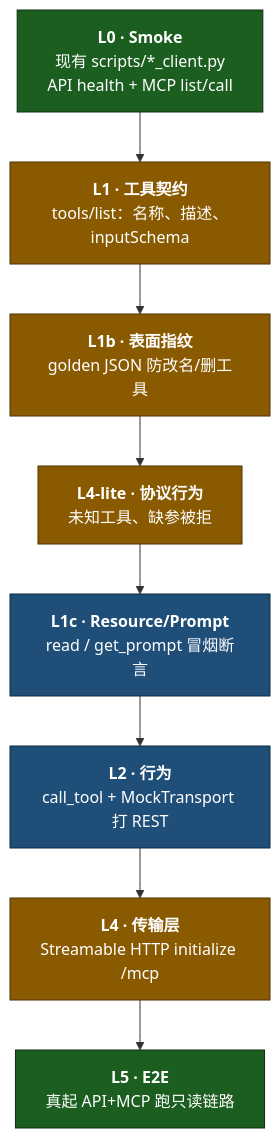
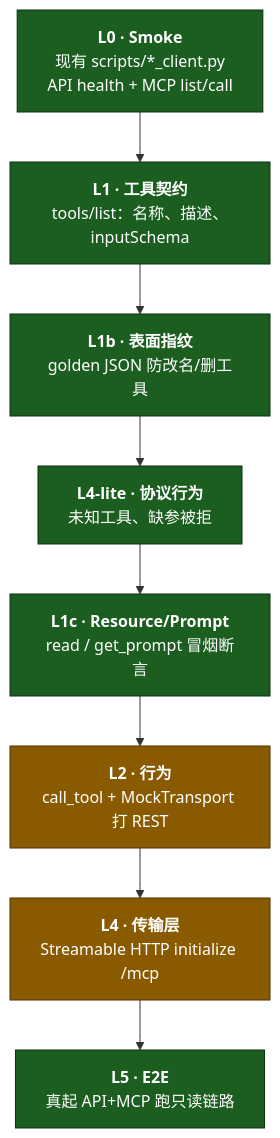
Before and after one commit to bot-qianjinyan/my-mcp-user: the first of 2 diagrams in TESTING_IMPROVEMENT_PLAN.zh.md, drawn with Mermaid. The commit also changed other lines of this file and 15 other files, not shown here.

````diff
--- a/TESTING_IMPROVEMENT_PLAN.zh.md
+++ b/TESTING_IMPROVEMENT_PLAN.zh.md
@@ -114,18 +114,18 @@
 ```mermaid
 flowchart TB
     classDef done fill:#1b5e20,stroke:#0d2f10,color:#fff
     classDef next fill:#1f4e79,stroke:#0d2840,color:#fff
     classDef gap  fill:#8a5a00,stroke:#4d3200,color:#fff
     classDef opt  fill:#4a148c,stroke:#25074a,color:#fff
 
     L0["<b>L0 · Smoke</b><br/>现有 scripts/*_client.py<br/>API health + MCP list/call"]:::done
-    L1["<b>L1 · 工具契约</b><br/>tools/list：名称、描述、inputSchema"]:::gap
-    L1b["<b>L1b · 表面指纹</b><br/>golden JSON 防改名/删工具"]:::gap
-    L1c["<b>L1c · Resource/Prompt</b><br/>read / get_prompt 冒烟断言"]:::next
-    L4l["<b>L4-lite · 协议行为</b><br/>未知工具、缺参被拒"]:::gap
-    L2["<b>L2 · 行为</b><br/>call_tool + MockTransport 打 REST"]:::next
+    L1["<b>L1 · 工具契约</b><br/>tools/list：名称、描述、inputSchema"]:::done
+    L1b["<b>L1b · 表面指纹</b><br/>golden JSON 防改名/删工具"]:::done
+    L1c["<b>L1c · Resource/Prompt</b><br/>read / get_prompt 冒烟断言"]:::done
+    L4l["<b>L4-lite · 协议行为</b><br/>未知工具、缺参被拒"]:::done
+    L2["<b>L2 · 行为</b><br/>call_tool + MockTransport 打 REST"]:::gap
     L4["<b>L4 · 传输层</b><br/>Streamable HTTP initialize /mcp"]:::gap
     L5["<b>L5 · E2E</b><br/>真起 API+MCP 跑只读链路"]:::done
 
     L0 --> L1 --> L1b --> L4l --> L1c --> L2 --> L4 --> L5
 ```
````
